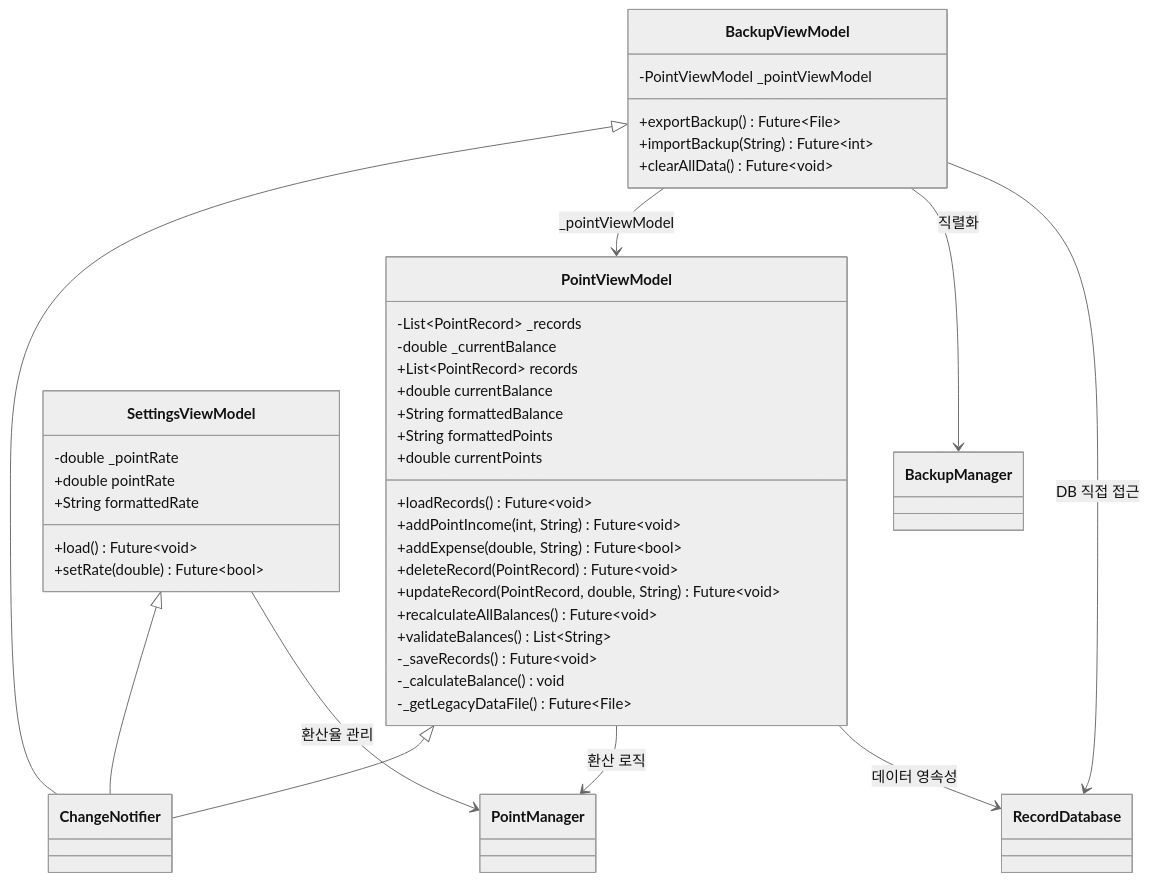
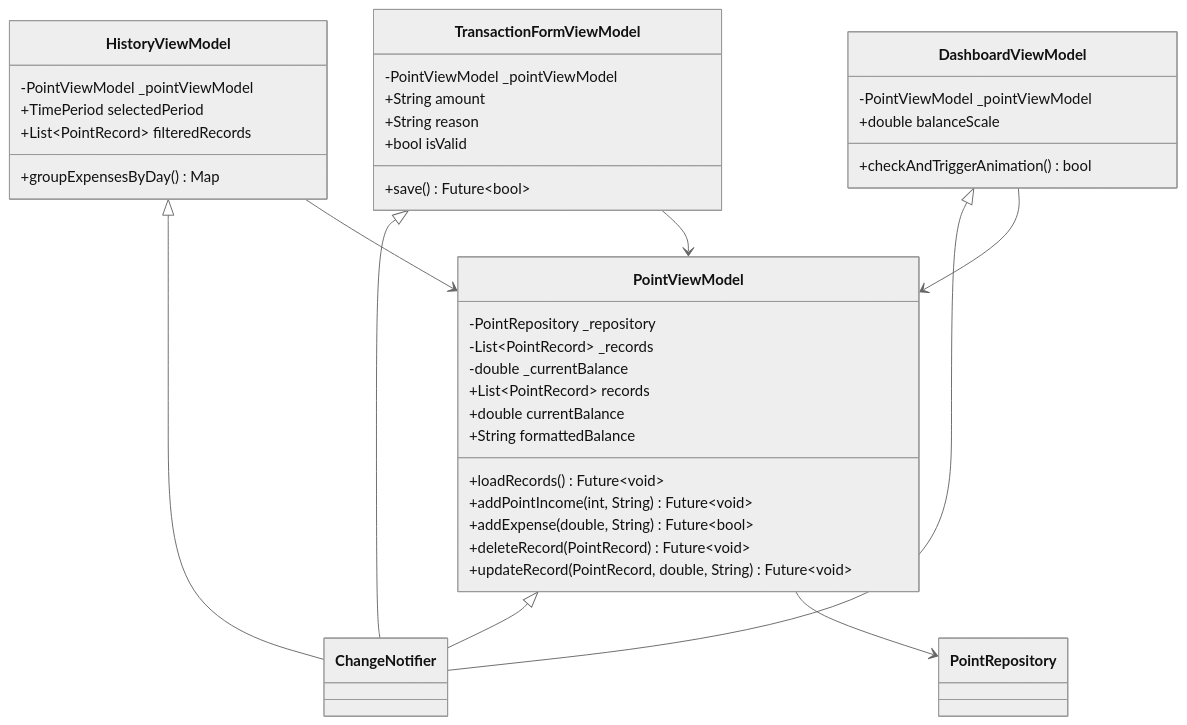
The seventh of 18 diagrams in docs/ARCHITECTURE.md (goodsw4all/wawapoint_flutter), drawn with Mermaid (neutral theme) before and after one commit. The commit also changed other lines of this file and 8 other files, not shown here.

Commit message:
feat: Introduce dedicated view models and a point repository to enhance application architecture and state management.

````diff
--- a/docs/ARCHITECTURE.md
+++ b/docs/ARCHITECTURE.md
@@ -384,48 +402,47 @@
 ```mermaid
 classDiagram
     class PointViewModel {
+        -PointRepository _repository
         -List~PointRecord~ _records
         -double _currentBalance
         +List~PointRecord~ records
         +double currentBalance
         +String formattedBalance
-        +String formattedPoints
-        +double currentPoints
         +loadRecords() Future~void~
         +addPointIncome(int, String) Future~void~
         +addExpense(double, String) Future~bool~
         +deleteRecord(PointRecord) Future~void~
         +updateRecord(PointRecord, double, String) Future~void~
-        +recalculateAllBalances() Future~void~
-        +validateBalances() List~String~
-        -_saveRecords() Future~void~
-        -_calculateBalance() void
-        -_getLegacyDataFile() Future~File~
     }
 
-    class BackupViewModel {
+    class HistoryViewModel {
         -PointViewModel _pointViewModel
-        +exportBackup() Future~File~
-        +importBackup(String) Future~int~
-        +clearAllData() Future~void~
+        +TimePeriod selectedPeriod
+        +List~PointRecord~ filteredRecords
+        +groupExpensesByDay() Map
     }
 
-    class SettingsViewModel {
-        -double _pointRate
-        +double pointRate
-        +String formattedRate
-        +load() Future~void~
-        +setRate(double) Future~bool~
+    class TransactionFormViewModel {
+        -PointViewModel _pointViewModel
+        +String amount
+        +String reason
+        +bool isValid
+        +save() Future~bool~
+    }
+
+    class DashboardViewModel {
+        -PointViewModel _pointViewModel
+        +double balanceScale
+        +checkAndTriggerAnimation() bool
     }
 
     PointViewModel <|-- ChangeNotifier
-    BackupViewModel <|-- ChangeNotifier
-    SettingsViewModel <|-- ChangeNotifier
+    HistoryViewModel <|-- ChangeNotifier
+    TransactionFormViewModel <|-- ChangeNotifier
+    DashboardViewModel <|-- ChangeNotifier
 
-    BackupViewModel --> PointViewModel : _pointViewModel
-    PointViewModel --> PointManager : 환산 로직
-    PointViewModel --> RecordDatabase : 데이터 영속성
-    BackupViewModel --> BackupManager : 직렬화
-    BackupViewModel --> RecordDatabase : DB 직접 접근
-    SettingsViewModel --> PointManager : 환산율 관리
+    HistoryViewModel --> PointViewModel
+    TransactionFormViewModel --> PointViewModel
+    DashboardViewModel --> PointViewModel
+    PointViewModel --> PointRepository
 ```
````
